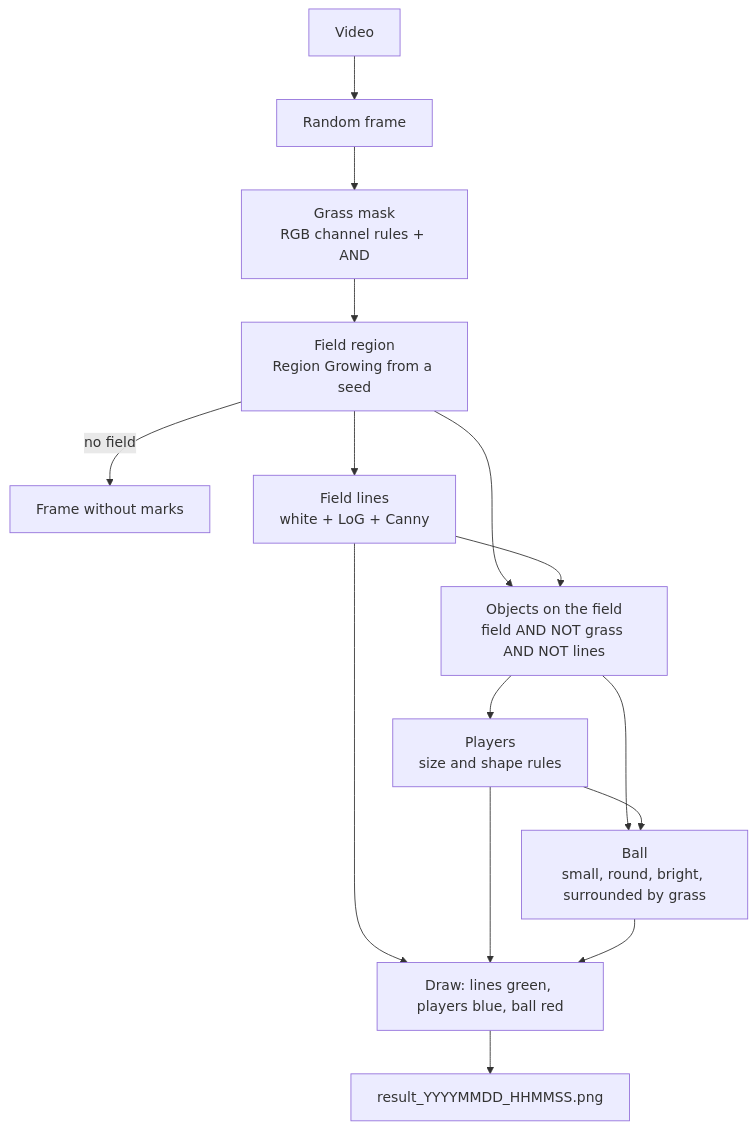
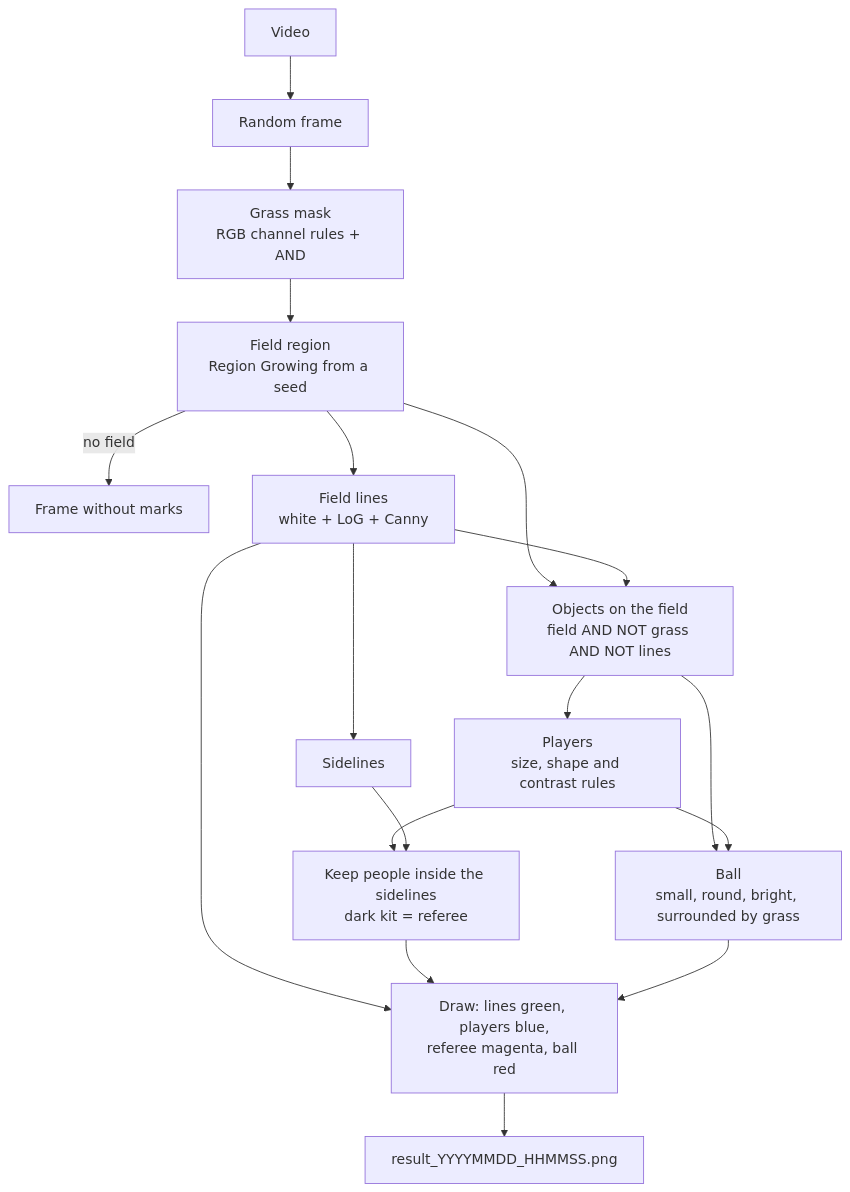
Before and after one commit to nickyperrone/VisionComputacional_Ojo_del_Arbitro_Digital: the diagram in README.md, drawn with Mermaid. The commit also changed other lines of this file, not shown here.

Commit message:
Document referee color and off-pitch filter in README

````diff
--- a/README.md
+++ b/README.md
@@ -19,17 +19,20 @@
 ```mermaid
 flowchart TD
     A[Video] --> B[Random frame]
     B --> C[Grass mask<br/>RGB channel rules + AND]
     C --> D[Field region<br/>Region Growing from a seed]
     D -->|no field| Z[Frame without marks]
     D --> E[Field lines<br/>white + LoG + Canny]
     D --> F[Objects on the field<br/>field AND NOT grass AND NOT lines]
     E --> F
-    F --> G[Players<br/>size and shape rules]
+    F --> G[Players<br/>size, shape and contrast rules]
     F --> H[Ball<br/>small, round, bright, surrounded by grass]
     G --> H
-    E --> I[Draw: lines green, players blue, ball red]
-    G --> I
+    E --> K[Sidelines]
+    G --> L[Keep people inside the sidelines<br/>dark kit = referee]
+    K --> L
+    E --> I[Draw: lines green, players blue,<br/>referee magenta, ball red]
+    L --> I
     H --> I
     I --> J[result_YYYYMMDD_HHMMSS.png]
 ```
````
